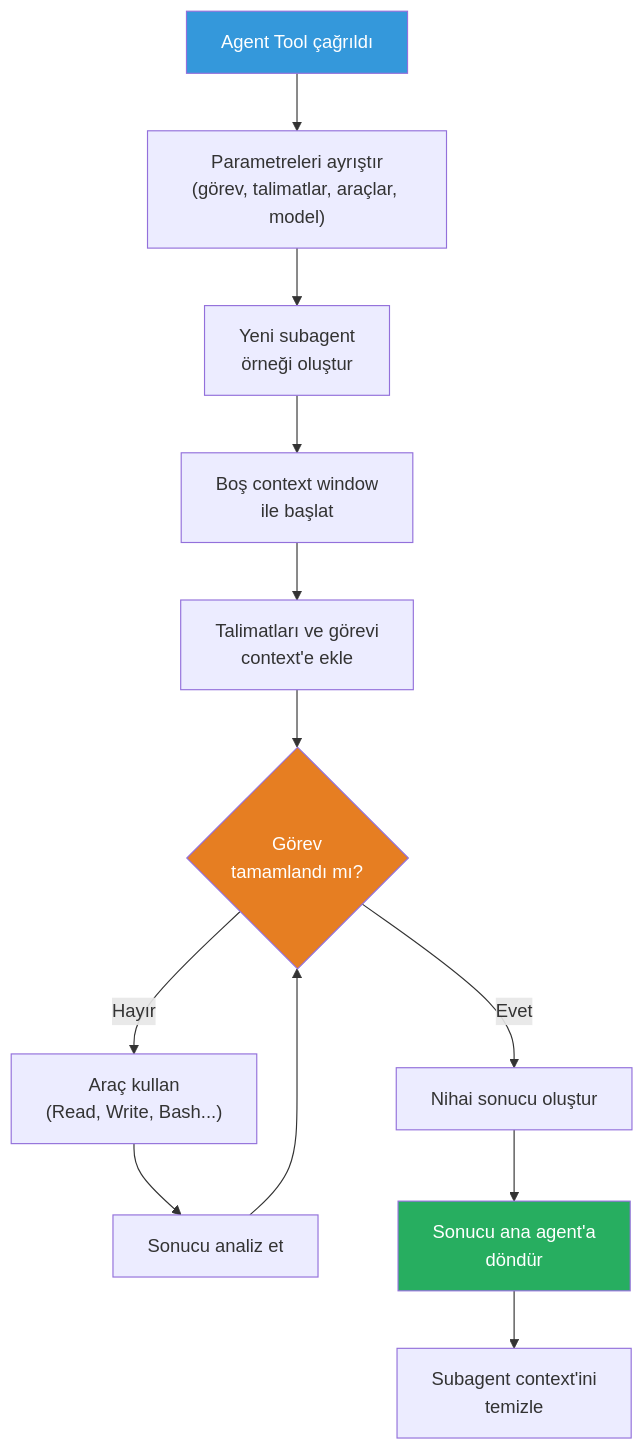
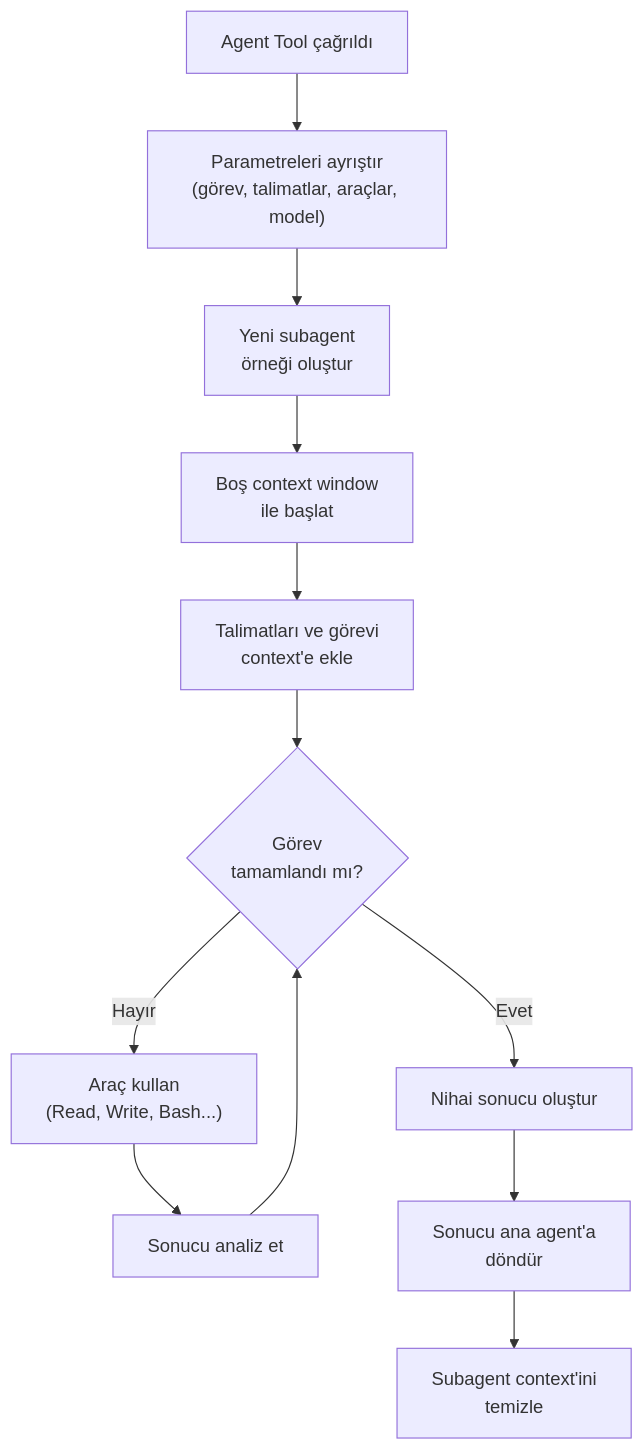
The fourth of 7 diagrams in 13-subagentlar-ve-agent-takimlari/05-agent-tool-kullanimi.md (IzzetYasinAtes/ClaudeCodeHandbook), drawn with Mermaid before and after one commit. The commit also changed other lines of this file and 97 other files, not shown here.

Commit message:
Remove all custom Mermaid style/fill colors from 98 markdown files for consistent dark theme rendering

````diff
--- a/13-subagentlar-ve-agent-takimlari/05-agent-tool-kullanimi.md
+++ b/13-subagentlar-ve-agent-takimlari/05-agent-tool-kullanimi.md
@@ -385,20 +383,17 @@
 ```mermaid
 flowchart TD
     START["Agent Tool çağrıldı"] --> PARSE["Parametreleri ayrıştır<br/>(görev, talimatlar, araçlar, model)"]
     PARSE --> CREATE["Yeni subagent<br/>örneği oluştur"]
     CREATE --> CONTEXT["Boş context window<br/>ile başlat"]
     CONTEXT --> INJECT["Talimatları ve görevi<br/>context'e ekle"]
     INJECT --> LOOP{"Görev<br/>tamamlandı mı?"}
 
     LOOP --> |"Hayır"| TOOL_USE["Araç kullan<br/>(Read, Write, Bash...)"]
     TOOL_USE --> ANALYZE["Sonucu analiz et"]
     ANALYZE --> LOOP
 
     LOOP --> |"Evet"| RESULT["Nihai sonucu oluştur"]
     RESULT --> RETURN["Sonucu ana agent'a<br/>döndür"]
     RETURN --> CLEANUP["Subagent context'ini<br/>temizle"]
 
-    style START fill:#3498DB,color:#fff
-    style LOOP fill:#E67E22,color:#fff
-    style RETURN fill:#27AE60,color:#fff
 ```
````
